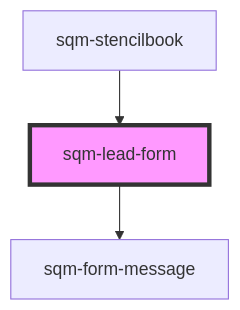
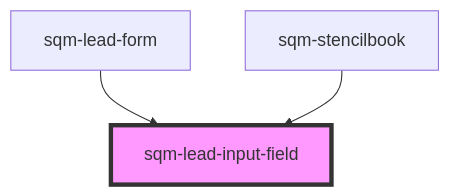
The diagram in packages/mint-components/src/components/sqm-lead-form/readme.md (saasquatch/program-tools), drawn with Mermaid before and after one commit. The commit also changed other lines of this file and 9 other files, not shown here.

````diff
--- a/packages/mint-components/src/components/sqm-lead-form/readme.md
+++ b/packages/mint-components/src/components/sqm-lead-form/readme.md
@@ -36,6 +29,6 @@
 ```mermaid
 graph TD;
-  sqm-lead-form --> sqm-form-message
-  sqm-stencilbook --> sqm-lead-form
-  style sqm-lead-form fill:#f9f,stroke:#333,stroke-width:4px
+  sqm-lead-form --> sqm-lead-input-field
+  sqm-stencilbook --> sqm-lead-input-field
+  style sqm-lead-input-field fill:#f9f,stroke:#333,stroke-width:4px
 ```
````
